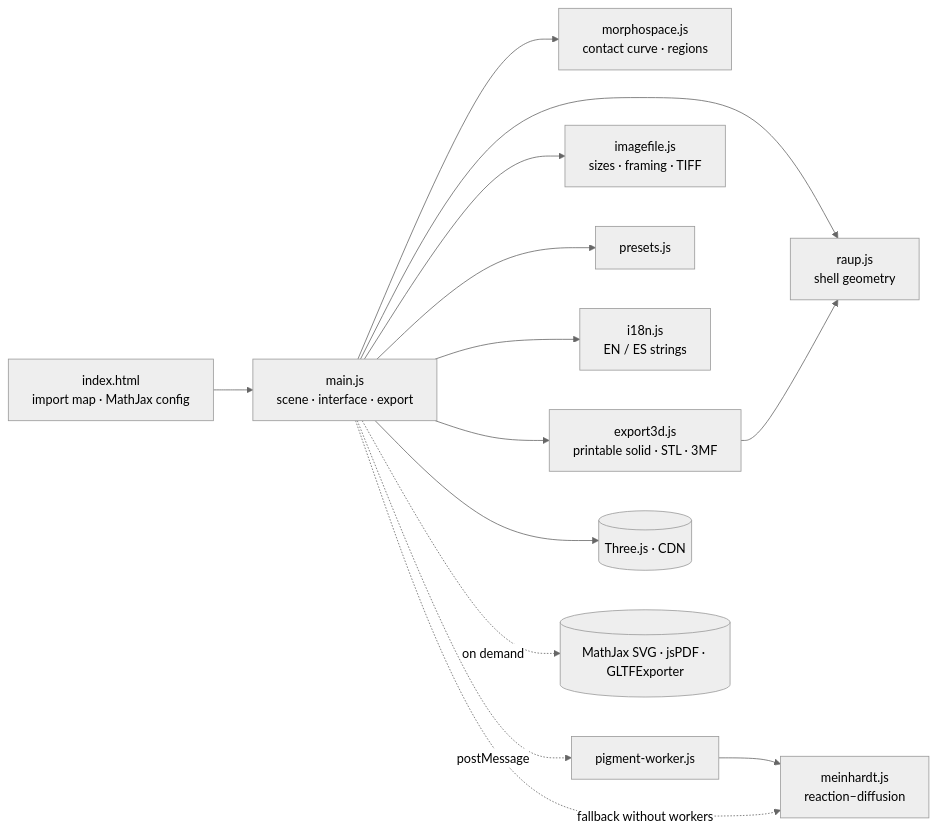
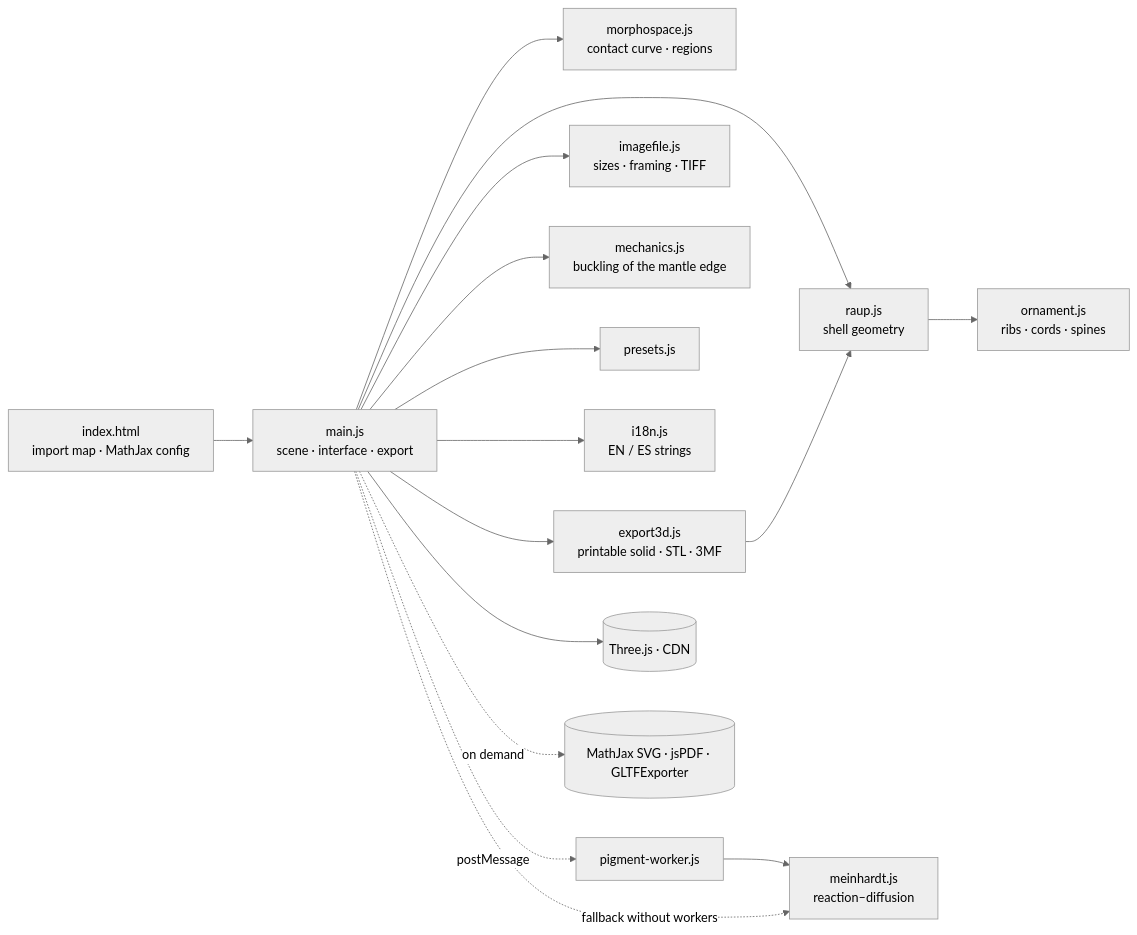
Before and after one commit to AlbertoGonzalezCasarrubios/coiling-shells: the first of 2 diagrams in ARCHITECTURE.md, drawn with Mermaid (neutral theme). The commit also changed other lines of this file and 14 other files, not shown here.

````diff
--- a/ARCHITECTURE.md
+++ b/ARCHITECTURE.md
@@ -44,16 +46,18 @@
 ```mermaid
 flowchart LR
   html["index.html<br/>import map · MathJax config"] --> main["main.js<br/>scene · interface · export"]
   main --> raup["raup.js<br/>shell geometry"]
   main --> morpho["morphospace.js<br/>contact curve · regions"]
   main --> exp["export3d.js<br/>printable solid · STL · 3MF"]
   main --> img["imagefile.js<br/>sizes · framing · TIFF"]
+  main --> mech["mechanics.js<br/>buckling of the mantle edge"]
+  raup --> orn["ornament.js<br/>ribs · cords · spines"]
   main --> presets["presets.js"]
   main --> i18n["i18n.js<br/>EN / ES strings"]
   main -. "postMessage" .-> worker["pigment-worker.js"]
   worker --> mein["meinhardt.js<br/>reaction–diffusion"]
   main -. "fallback without workers" .-> mein
   exp --> raup
   main --> three[("Three.js · CDN")]
   main -. "on demand" .-> cdn[("MathJax SVG · jsPDF · GLTFExporter")]
 ```
````
